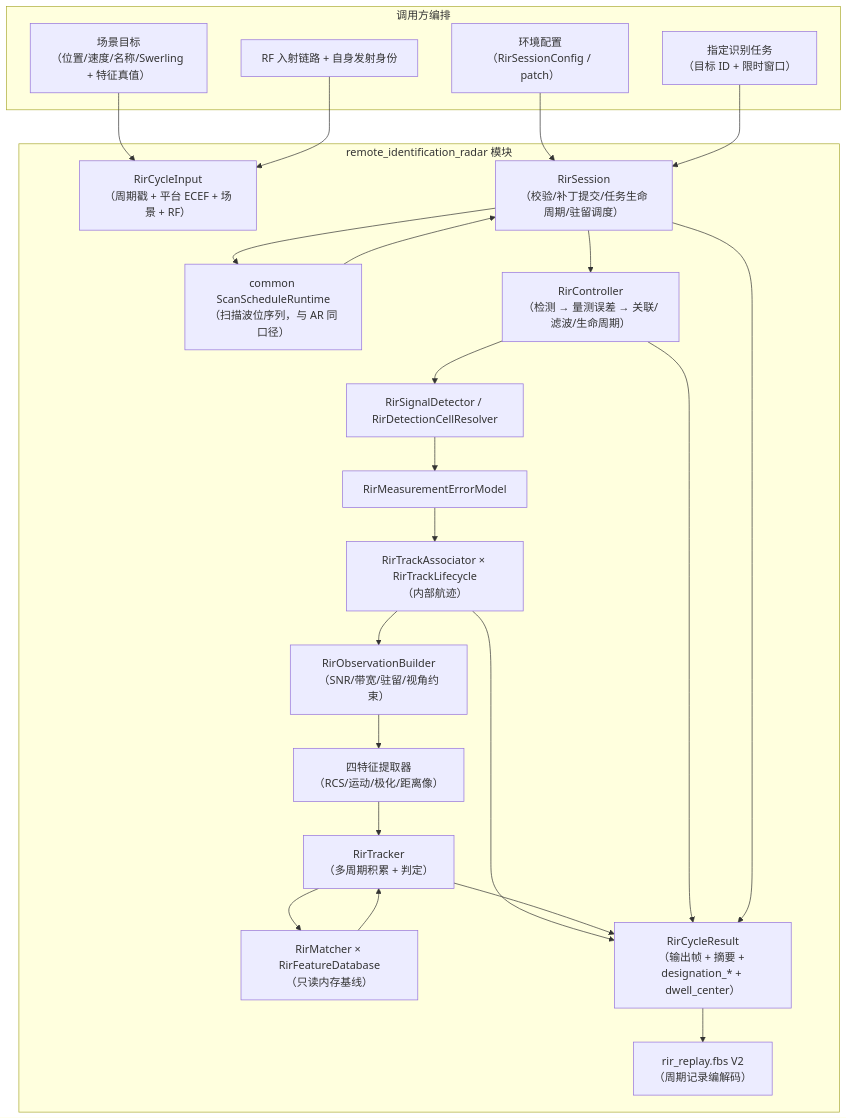
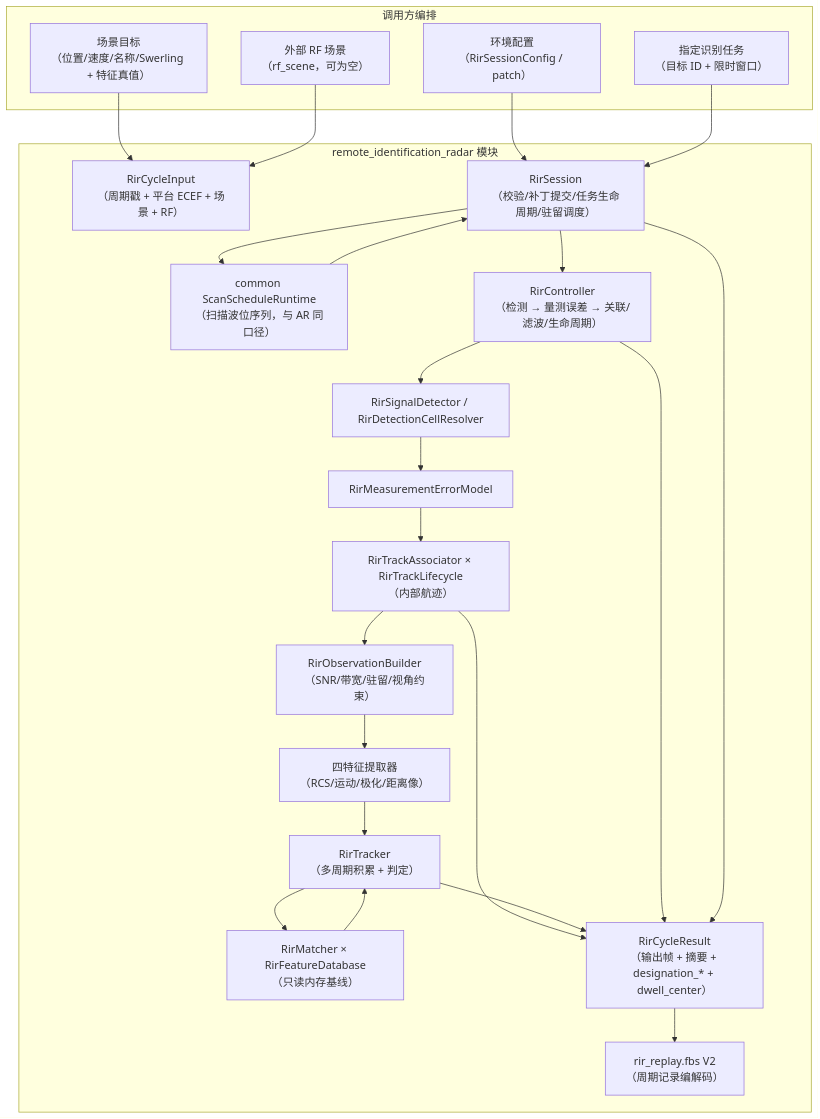
Before and after one commit to boilwater-3/1q: the diagram in docs/remote_identification_radar/data-flow.md, drawn with Mermaid. The commit also changed other lines of this file and 13 other files, not shown here.

````diff
--- a/docs/remote_identification_radar/data-flow.md
+++ b/docs/remote_identification_radar/data-flow.md
@@ -12,46 +12,46 @@
 ```mermaid
 flowchart TB
   subgraph Caller["调用方编排"]
     Scene["场景目标\n（位置/速度/名称/Swerling + 特征真值）"]
-    Rf["RF 入射链路 + 自身发射身份"]
+    Rf["外部 RF 场景\n（rf_scene，可为空）"]
     Env["环境配置\n（RirSessionConfig / patch）"]
     Task["指定识别任务\n（目标 ID + 限时窗口）"]
   end
 
   subgraph Rir["remote_identification_radar 模块"]
     Input["RirCycleInput\n（周期戳 + 平台 ECEF + 场景 + RF）"]
     Session["RirSession\n（校验/补丁提交/任务生命周期/驻留调度）"]
     ScanKernel["common ScanScheduleRuntime\n（扫描波位序列，与 AR 同口径）"]
     Controller["RirController\n（检测 → 量测误差 → 关联/滤波/生命周期）"]
     Detector["RirSignalDetector / RirDetectionCellResolver"]
     Measurement["RirMeasurementErrorModel"]
     Track["RirTrackAssociator × RirTrackLifecycle\n（内部航迹）"]
     Builder["RirObservationBuilder\n（SNR/带宽/驻留/视角约束）"]
     Extract["四特征提取器\n（RCS/运动/极化/距离像）"]
     Tracker["RirTracker\n（多周期积累 + 判定）"]
     Matcher["RirMatcher × RirFeatureDatabase\n（只读内存基线）"]
     Result["RirCycleResult\n（输出帧 + 摘要 + designation_* + dwell_center）"]
     Replay["rir_replay.fbs V2\n（周期记录编解码）"]
   end
 
   Scene --> Input
   Rf --> Input
   Env --> Session
   Task --> Session
   Session --> ScanKernel
   ScanKernel --> Session
   Session --> Controller
   Controller --> Detector
   Detector --> Measurement
   Measurement --> Track
   Track --> Builder
   Builder --> Extract
   Extract --> Tracker
   Tracker --> Matcher
   Matcher --> Tracker
   Track --> Result
   Tracker --> Result
   Controller --> Result
   Session --> Result
   Result --> Replay
 ```
````
